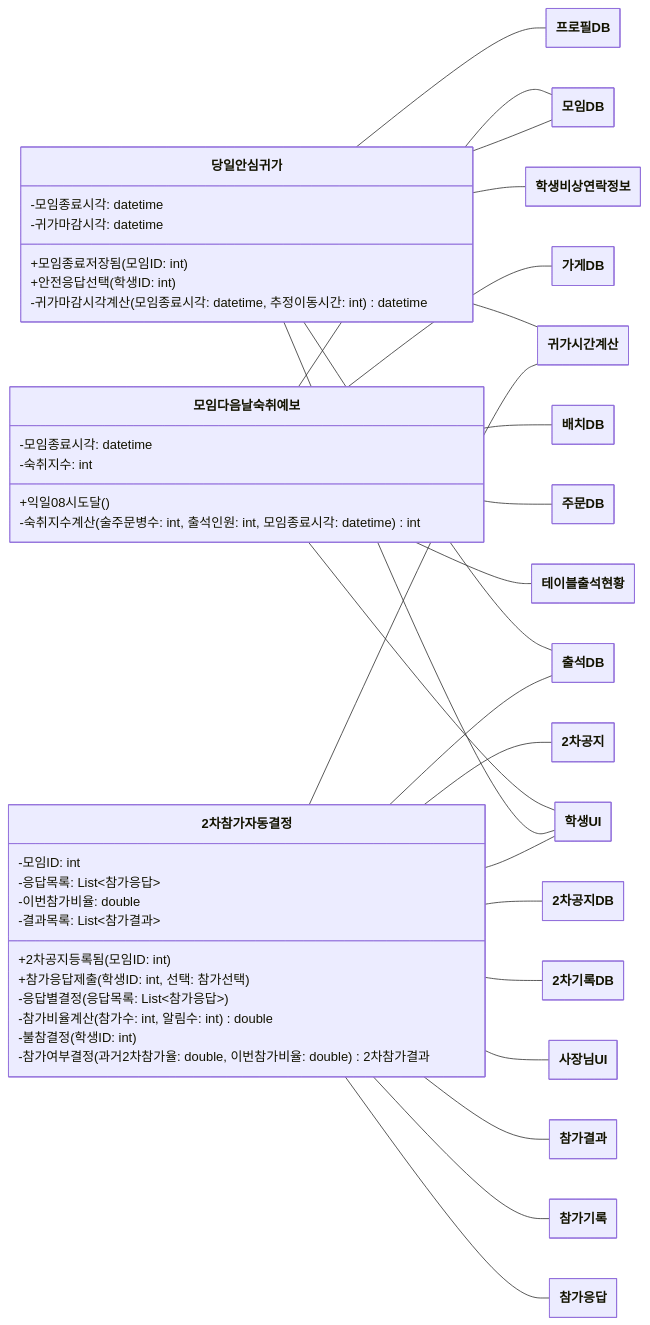
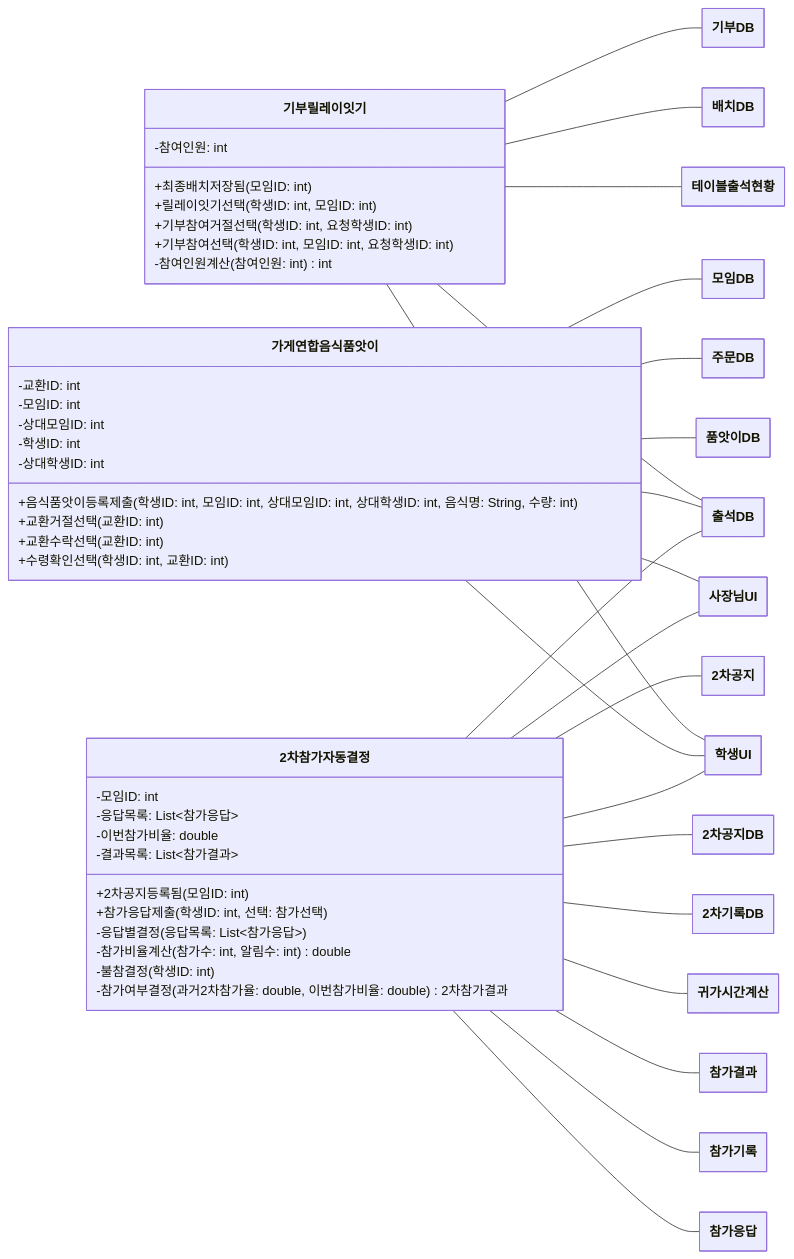
The fifth of 12 diagrams in class-diagram/class-diagram.md (hojae3/sw-engineering-16), drawn with Mermaid before and after one commit. The commit also changed other lines of this file and 3 other files, not shown here.

````diff
--- a/class-diagram/class-diagram.md
+++ b/class-diagram/class-diagram.md
@@ -559,73 +518,77 @@
 ```mermaid
 ---
 config:
   class:
     hideEmptyMembersBox: true
 ---
 classDiagram
     direction LR
-    class SafeReturnHome["당일안심귀가"] {
-        -모임종료시각: datetime
-        -귀가마감시각: datetime
-        +모임종료저장됨(모임ID: int)
-        +안전응답선택(학생ID: int)
-        -귀가마감시각계산(모임종료시각: datetime, 추정이동시간: int) datetime
+    class DonationRelay["기부릴레이잇기"] {
+        -참여인원: int
+        +최종배치저장됨(모임ID: int)
+        +릴레이잇기선택(학생ID: int, 모임ID: int)
+        +기부참여거절선택(학생ID: int, 요청학생ID: int)
+        +기부참여선택(학생ID: int, 모임ID: int, 요청학생ID: int)
+        -참여인원계산(참여인원: int) int
     }
-    class HangoverForecast["모임다음날숙취예보"] {
-        -모임종료시각: datetime
-        -숙취지수: int
-        +익일08시도달()
-        -숙취지수계산(술주문병수: int, 출석인원: int, 모임종료시각: datetime) int
+    class StoreFoodExchange["가게연합음식품앗이"] {
+        -교환ID: int
+        -모임ID: int
+        -상대모임ID: int
+        -학생ID: int
+        -상대학생ID: int
+        +음식품앗이등록제출(학생ID: int, 모임ID: int, 상대모임ID: int, 상대학생ID: int, 음식명: String, 수량: int)
+        +교환거절선택(교환ID: int)
+        +교환수락선택(교환ID: int)
+        +수령확인선택(학생ID: int, 교환ID: int)
     }
     class SecondRoundAutoDecision["2차참가자동결정"] {
         -모임ID: int
         -응답목록: List~참가응답~
         -이번참가비율: double
         -결과목록: List~참가결과~
         +2차공지등록됨(모임ID: int)
         +참가응답제출(학생ID: int, 선택: 참가선택)
         -응답별결정(응답목록: List~참가응답~)
         -참가비율계산(참가수: int, 알림수: int) double
         -불참결정(학생ID: int)
         -참가여부결정(과거2차참가율: double, 이번참가비율: double) 2차참가결과
     }
     class SecondNotice["2차공지"]
     class SecondNoticeDB["2차공지DB"]
     class SecondRecordDB["2차기록DB"]
-    class StoreDB["가게DB"]
     class ReturnHomeTimeCalc["귀가시간계산"]
+    class DonationDB["기부DB"]
     class MeetingDB["모임DB"]
     class ArrangementDB["배치DB"]
     class OwnerUI["사장님UI"]
     class OrderDB["주문DB"]
     class ParticipationResult["참가결과"]
     class ParticipationRecord["참가기록"]
     class ParticipationResponse["참가응답"]
     class AttendanceDB["출석DB"]
     class TableAttendanceStatus["테이블출석현황"]
-    class ProfileDB["프로필DB"]
+    class FoodExchangeDB["품앗이DB"]
     class StudentUI["학생UI"]
-    class StudentEmergencyContact["학생비상연락정보"]
     SecondRoundAutoDecision -- SecondNotice
     SecondRoundAutoDecision -- SecondNoticeDB
     SecondRoundAutoDecision -- SecondRecordDB
     SecondRoundAutoDecision -- ReturnHomeTimeCalc
     SecondRoundAutoDecision -- OwnerUI
     SecondRoundAutoDecision -- ParticipationResult
     SecondRoundAutoDecision -- ParticipationRecord
     SecondRoundAutoDecision -- ParticipationResponse
     SecondRoundAutoDecision -- AttendanceDB
     SecondRoundAutoDecision -- StudentUI
-    HangoverForecast -- StoreDB
-    SafeReturnHome -- ReturnHomeTimeCalc
-    SafeReturnHome -- MeetingDB
-    SafeReturnHome -- AttendanceDB
-    SafeReturnHome -- ProfileDB
-    SafeReturnHome -- StudentUI
-    SafeReturnHome -- StudentEmergencyContact
-    HangoverForecast -- MeetingDB
-    HangoverForecast -- ArrangementDB
-    HangoverForecast -- OrderDB
-    HangoverForecast -- TableAttendanceStatus
-    HangoverForecast -- StudentUI
+    StoreFoodExchange -- MeetingDB
+    StoreFoodExchange -- OwnerUI
+    StoreFoodExchange -- OrderDB
+    StoreFoodExchange -- AttendanceDB
+    StoreFoodExchange -- FoodExchangeDB
+    StoreFoodExchange -- StudentUI
+    DonationRelay -- DonationDB
+    DonationRelay -- ArrangementDB
+    DonationRelay -- AttendanceDB
+    DonationRelay -- TableAttendanceStatus
+    DonationRelay -- StudentUI
 ```
````
